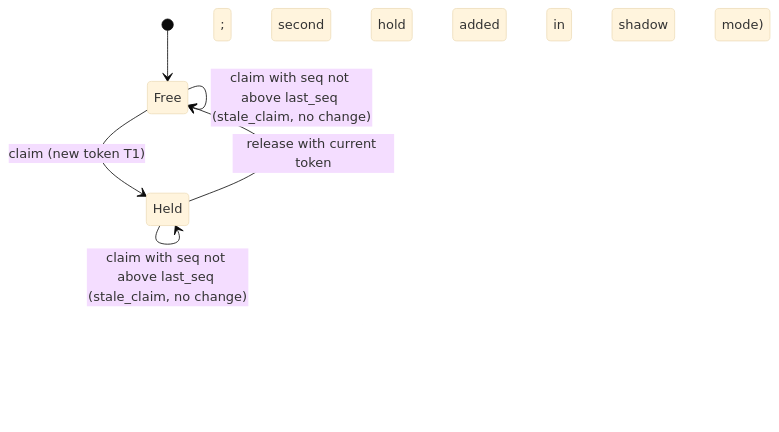
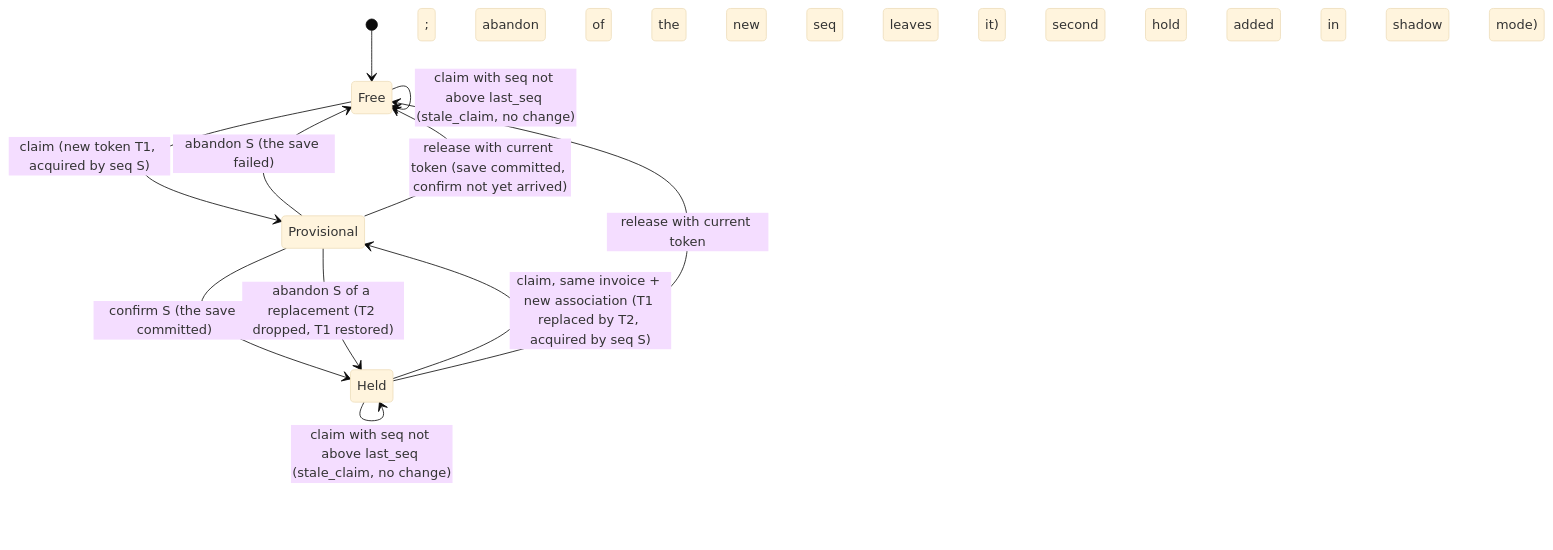
The third of 4 diagrams in docs/architecture/timekeeping-soa.md (Homie-Improvement/miru), drawn with Mermaid (base theme) before and after one commit. The commit also changed other lines of this file, not shown here.

First line of the commit message:
docs: make draft-save holds provisional until the save outcome is known

````diff
--- a/docs/architecture/timekeeping-soa.md
+++ b/docs/architecture/timekeeping-soa.md
@@ -470,12 +482,16 @@
 ```mermaid
 stateDiagram-v2
   [*] --> Free
-  Free --> Held: claim (new token T1)
-  Held --> Held: claim, same invoice + same association (returns T1)
-  Held --> Held: claim, same invoice + new association (token T1 replaced by T2)
+  Free --> Provisional: claim (new token T1, acquired by seq S)
+  Provisional --> Held: confirm S (the save committed)
+  Provisional --> Free: abandon S (the save failed)
+  Provisional --> Free: release with current token (save committed, confirm not yet arrived)
+  Held --> Held: claim, same invoice + same association (returns T1, reused; abandon of the new seq leaves it)
+  Held --> Provisional: claim, same invoice + new association (T1 replaced by T2, acquired by seq S)
+  Provisional --> Held: abandon S of a replacement (T2 dropped, T1 restored)
   Held --> Free: release with current token
   Held --> Held: release with old token (no change)
   Held --> Held: claim by another invoice (refused when enforced; second hold added in shadow mode)
   Held --> Held: claim with seq not above last_seq (stale_claim, no change)
   Free --> Free: claim with seq not above last_seq (stale_claim, no change)
 ```
````
